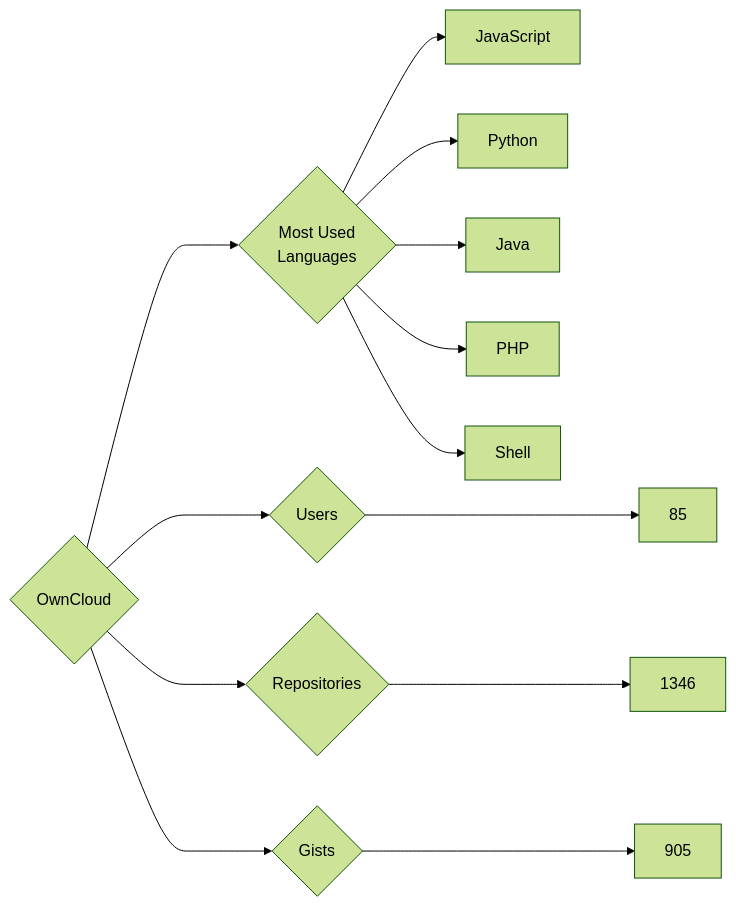
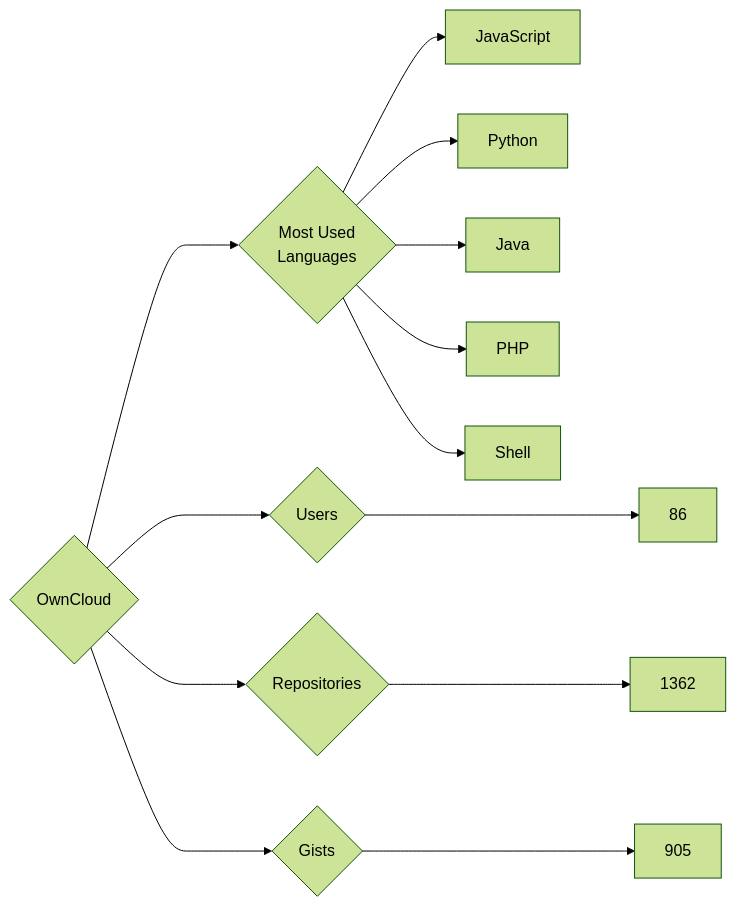
Before and after one commit to trickest/insiders: the diagram in targets/OwnCloud/README.md, drawn with Mermaid (forest theme). The commit also changed 770 other files, not shown here.

````diff
--- a/targets/OwnCloud/README.md
+++ b/targets/OwnCloud/README.md
@@ -3,13 +3,13 @@
 ```mermaid
 graph LR
 COMPANY_NAME{OwnCloud}
-COMPANY_NAME ---> U{Users} ---> UN[85]
-COMPANY_NAME ---> R{Repositories} ---> RN[1346]
+COMPANY_NAME ---> U{Users} ---> UN[86]
+COMPANY_NAME ---> R{Repositories} ---> RN[1362]
 COMPANY_NAME ---> G{Gists} ---> GN[905]
 COMPANY_NAME ---> ML{Most Used<br>Languages}
 ML --> JavaScript[JavaScript]
 ML --> Python[Python]
 ML --> Java[Java]
 ML --> PHP[PHP]
 ML --> Shell[Shell]
 ```
````
